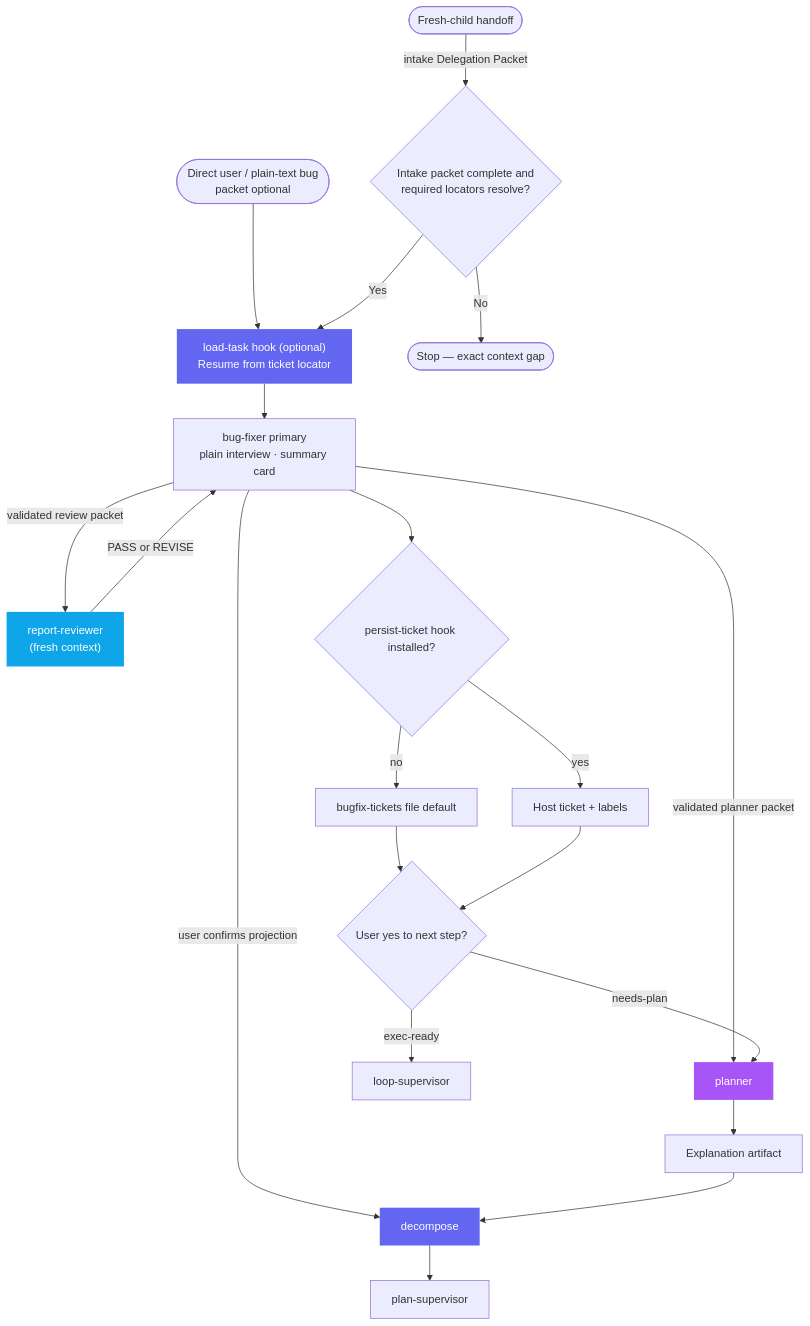
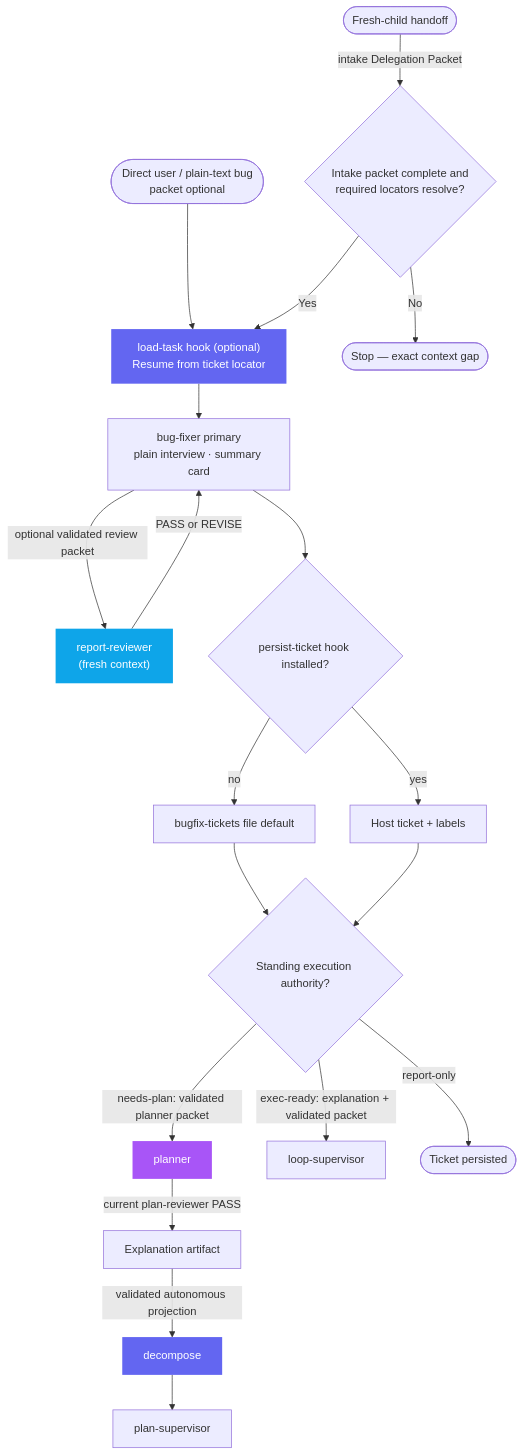
Before and after one commit to ericmaster/agent-fabric: the diagram in docs/architecture/bug-fixer.md, drawn with Mermaid. The commit also changed other lines of this file and 30 other files, not shown here.

````diff
--- a/docs/architecture/bug-fixer.md
+++ b/docs/architecture/bug-fixer.md
@@ -15,43 +17,42 @@
 ```mermaid
 flowchart TD
     DIRECT([Direct user / plain-text bug\npacket optional])
     FRESH([Fresh-child handoff])
     DIRECT --> LT
     FRESH -->|"intake Delegation Packet"| INTAKE
     INTAKE{"Intake packet complete and\nrequired locators resolve?"}
     INTAKE -- No --> BLOCKED([Stop — exact context gap])
     INTAKE -- Yes --> LT
 
     LT["load-task hook (optional)\nResume from ticket locator"] --> BF
     BF["bug-fixer primary\nplain interview · summary card"]
     RR["report-reviewer\n(fresh context)"]
     HK{persist-ticket hook installed?}
     HOST["Host ticket + labels"]
     FILE["bugfix-tickets file default"]
     PLAN["planner"]
     ART["Explanation artifact"]
     DEC["decompose"]
     PSU["plan-supervisor"]
     LSU["loop-supervisor"]
-    GATE{User yes to next step?}
+    GATE{Standing execution authority?}
 
-    BF -->|"validated review packet"| RR
+    BF -->|"optional validated review packet"| RR
     RR -->|"PASS or REVISE"| BF
     BF --> HK
     HK -- yes --> HOST
     HK -- no --> FILE
     FILE --> GATE
     HOST --> GATE
-    GATE -- "exec-ready" --> LSU
-    BF -->|"validated planner packet"| PLAN
-    GATE -- "needs-plan" --> PLAN
-    PLAN --> ART
-    BF -->|"user confirms projection"| DEC
-    ART --> DEC
+    GATE -- "report-only" --> STOP([Ticket persisted])
+    GATE -- "exec-ready: explanation + validated packet" --> LSU
+    GATE -- "needs-plan: validated planner packet" --> PLAN
+    PLAN -->|"current plan-reviewer PASS"| ART
+    ART -->|"validated autonomous projection"| DEC
     DEC --> PSU
 
     style LT fill:#6366f1,color:#fff,stroke:none
     style RR fill:#0ea5e9,color:#fff,stroke:none
     style DEC fill:#6366f1,color:#fff,stroke:none
     style PLAN fill:#a855f7,color:#fff,stroke:none
 ```
````
